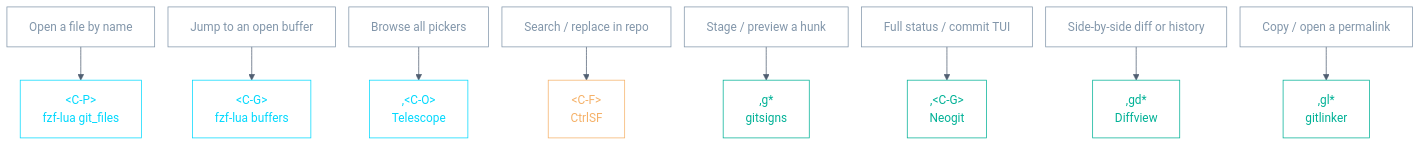
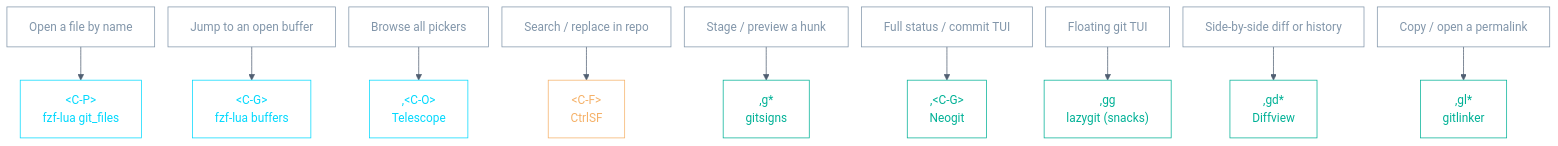
The second of 2 diagrams in docs/NEOVIM.md (hallaji/dotfiles), drawn with Mermaid before and after one commit. The commit also changed other lines of this file and 4 other files, not shown here.

Commit message:
feat: add lazygit integration via snacks

````diff
--- a/docs/NEOVIM.md
+++ b/docs/NEOVIM.md
@@ -85,20 +86,21 @@
 ```mermaid
 %%{init: {'flowchart': {'nodeSpacing': 18, 'rankSpacing': 45}}}%%
 flowchart TD
     A["Open a file by name"]:::intent --> B["&lt;C-P&gt;<br/>fzf-lua git_files"]:::find
     C["Jump to an open buffer"]:::intent --> D["&lt;C-G&gt;<br/>fzf-lua buffers"]:::find
     E["Browse all pickers"]:::intent --> F[",&lt;C-O&gt;<br/>Telescope"]:::find
     G["Search / replace in repo"]:::intent --> H["&lt;C-F&gt;<br/>CtrlSF"]:::search
     I["Stage / preview a hunk"]:::intent --> J[",g*<br/>gitsigns"]:::git
     K["Full status / commit TUI"]:::intent --> L[",&lt;C-G&gt;<br/>Neogit"]:::git
+    Q["Floating git TUI"]:::intent --> R[",gg<br/>lazygit (snacks)"]:::git
     M["Side-by-side diff or history"]:::intent --> N[",gd*<br/>Diffview"]:::git
     O["Copy / open a permalink"]:::intent --> P[",gl*<br/>gitlinker"]:::git
 
     %% Colors from config/env/.env palette (see docs/ARCHITECTURE.md):
     %% intent=#8296aa  find=#02d9fe  search=#f5b168  git=#00b196  links=#515f72
     classDef intent fill:transparent,stroke:#8296aa,color:#8296aa
     classDef find fill:transparent,stroke:#02d9fe,color:#02d9fe
     classDef search fill:transparent,stroke:#f5b168,color:#f5b168
     classDef git fill:transparent,stroke:#00b196,color:#00b196
     linkStyle default stroke:#515f72,color:#8296aa
 ```
````
